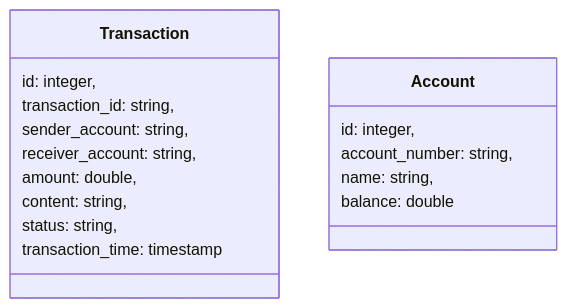
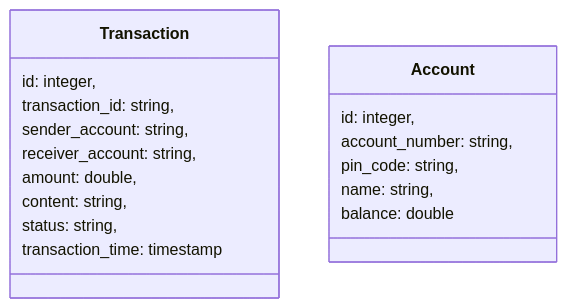
Before and after one commit to dannguyenmessi1705/Quarkus: the diagram in quarkus-account-transaction/README.md, drawn with Mermaid. The commit also changed 34 other files, not shown here.

````diff
--- a/quarkus-account-transaction/README.md
+++ b/quarkus-account-transaction/README.md
@@ -2,20 +2,21 @@
 ```mermaid
 classDiagram
     class Transaction {
         id: integer,
         transaction_id: string,
         sender_account: string,
         receiver_account: string,
         amount: double,
         content: string,
         status: string,
         transaction_time: timestamp
     }
     
     class Account {
         id: integer,
         account_number: string,
+        pin_code: string,
         name: string,
         balance: double
     }
 ```
````
